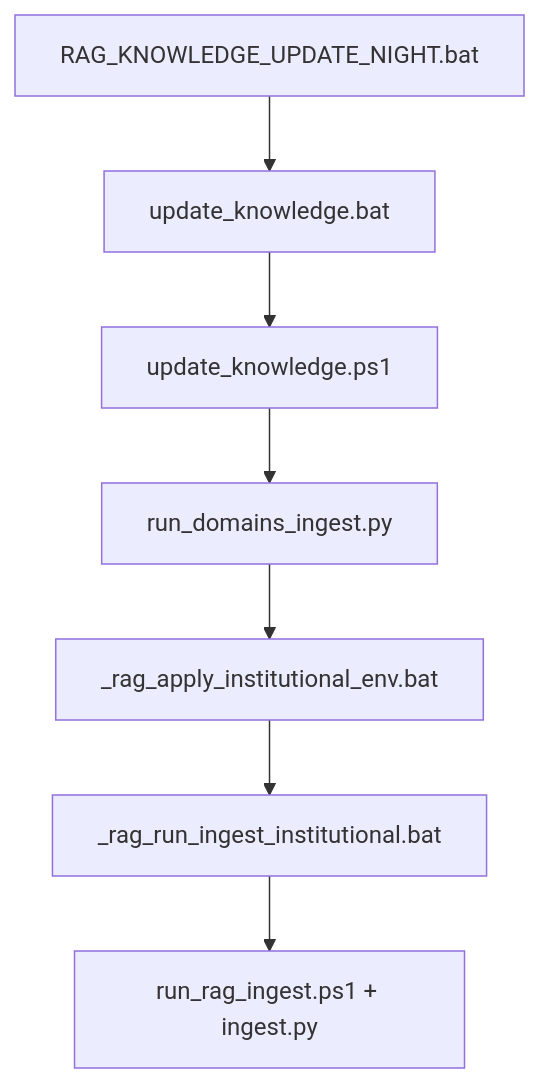
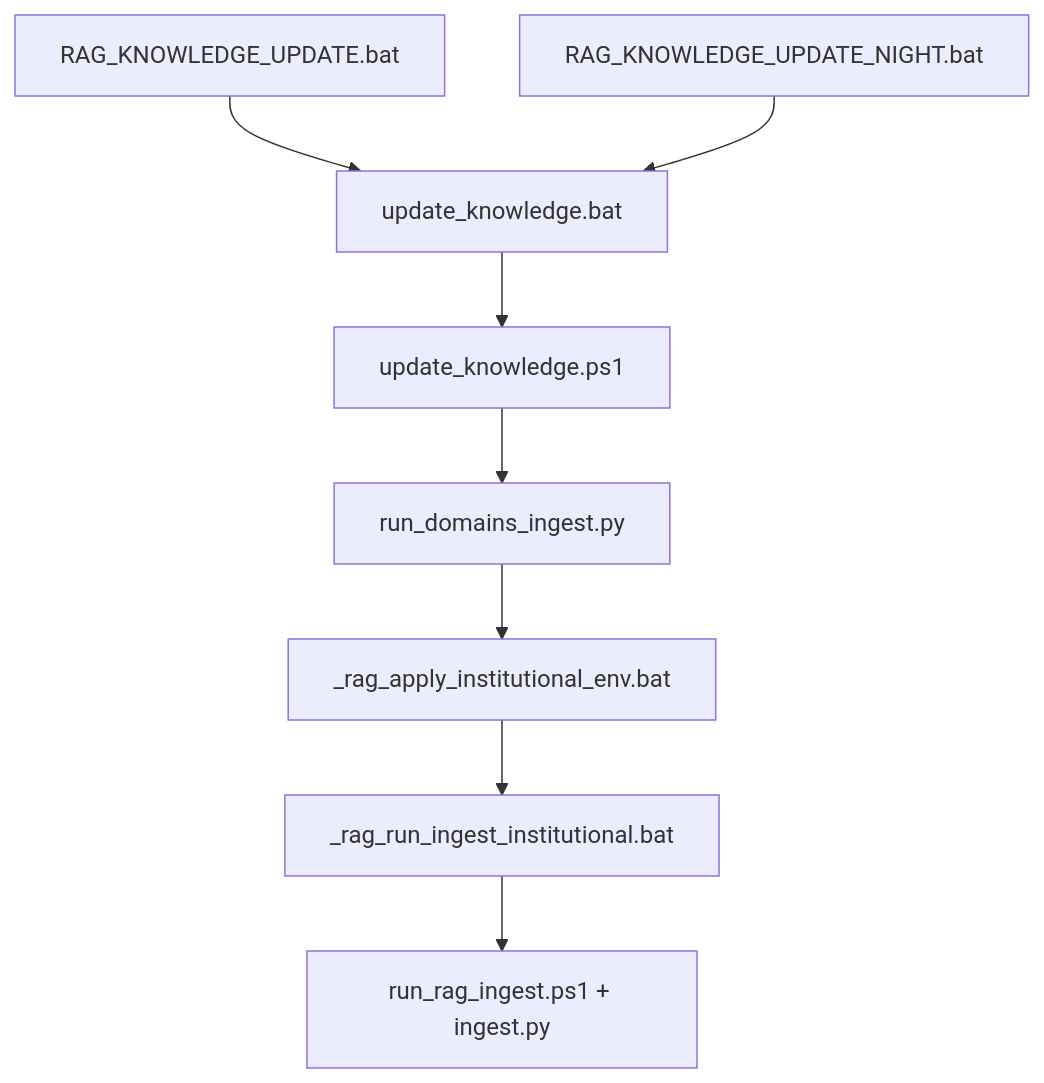
One commit to J80-droid/hermes-agent-windows-nl changed the diagram in docs/RAG_INSTITUTIONAL_ENV.md. Above: the diagram before and after it, drawn with Mermaid. The commit also changed other lines of this file and 13 other files, not shown here.

````diff
--- a/docs/RAG_INSTITUTIONAL_ENV.md
+++ b/docs/RAG_INSTITUTIONAL_ENV.md
@@ -30,9 +30,10 @@
 ```mermaid
 flowchart TD
   A[update_knowledge.bat] --> B[update_knowledge.ps1]
   B --> C[run_domains_ingest.py]
   C --> D[_rag_apply_institutional_env.bat]
   D --> E[_rag_run_ingest_institutional.bat]
   E --> F[run_rag_ingest.ps1 + ingest.py]
+  H[RAG_KNOWLEDGE_UPDATE.bat] --> A
   N[RAG_KNOWLEDGE_UPDATE_NIGHT.bat] --> A
 ```
````
